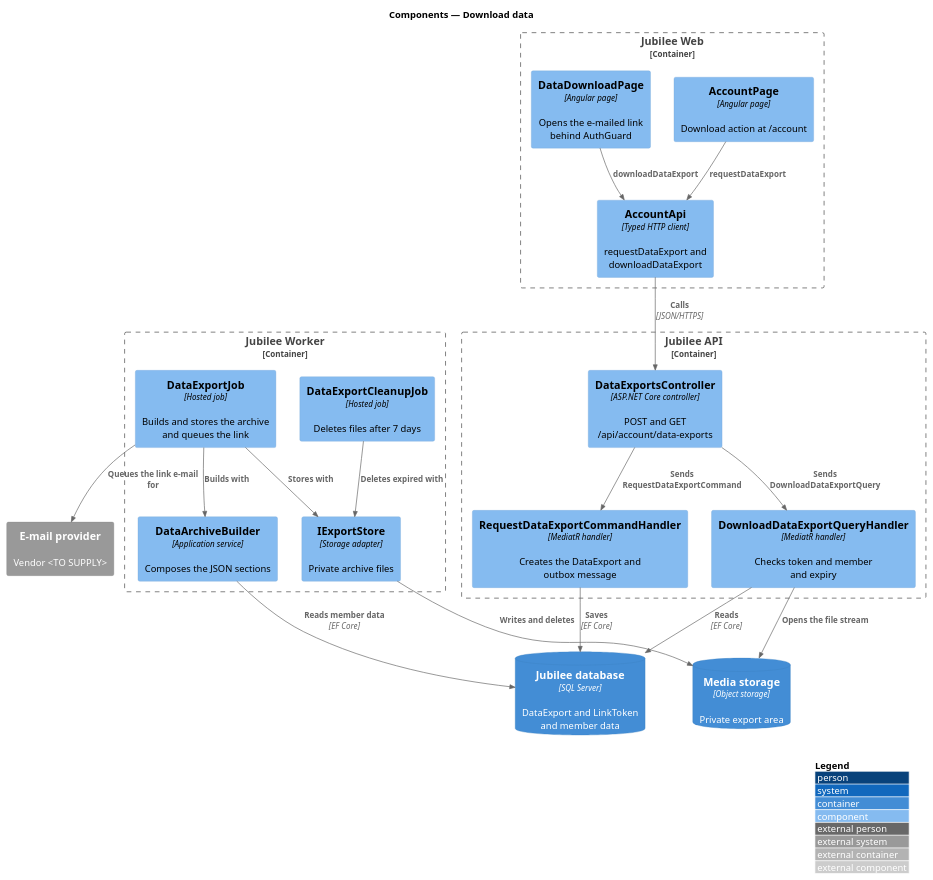
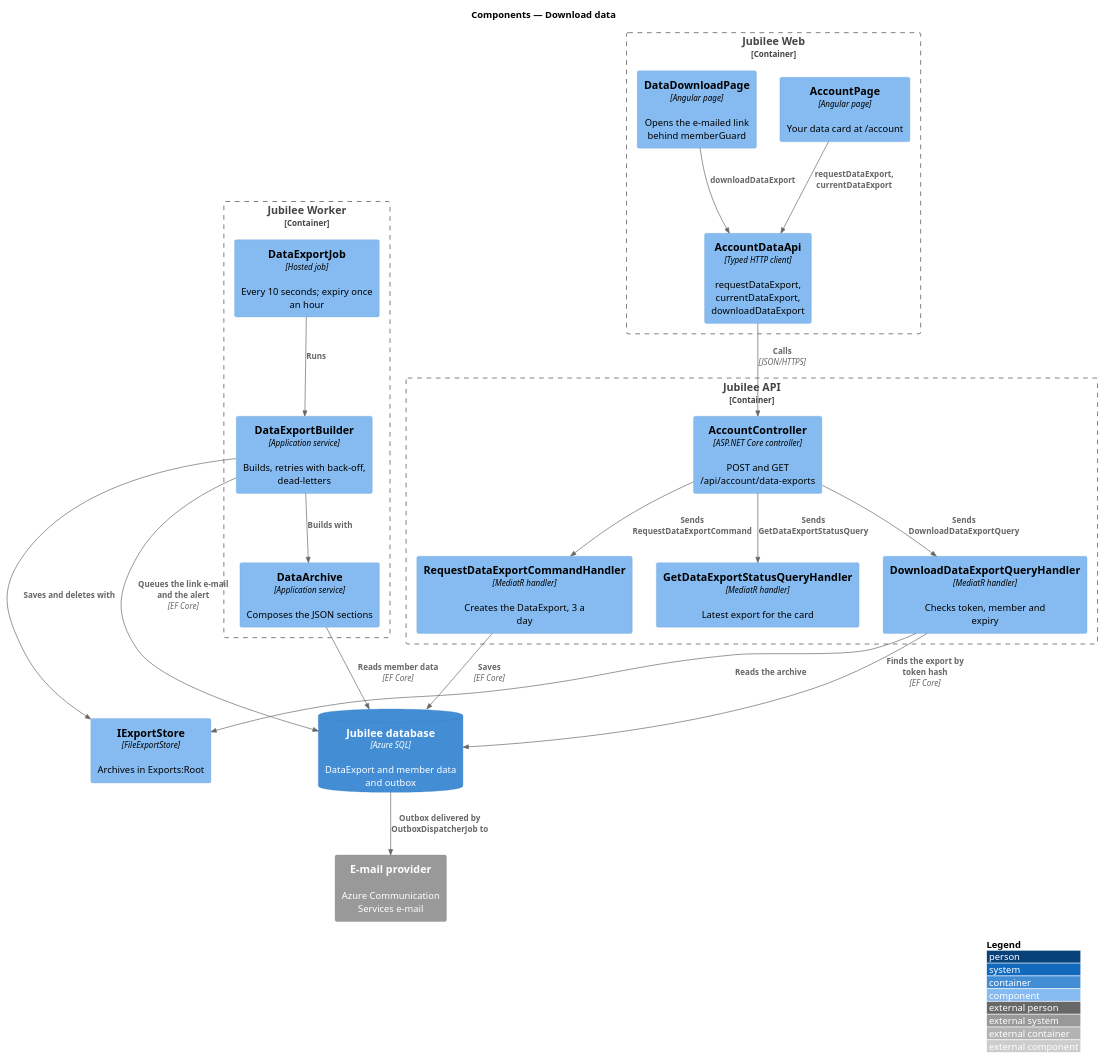
The diagram in docs/detailed-designs/accounts/download-data/diagrams/c4-component.puml (QuinntyneBrown/jubilee), drawn with PlantUML before and after one commit. The commit also changed 51 other files, not shown here.

First line of the commit message:
Journey 26: requirements, ADR 0069, designs and mocks for download data and delete account

```diff
--- a/docs/detailed-designs/accounts/download-data/diagrams/c4-component.puml
+++ b/docs/detailed-designs/accounts/download-data/diagrams/c4-component.puml
@@ -1,41 +1,41 @@
 @startuml
 !include <C4/C4_Component>
 LAYOUT_WITH_LEGEND()
 title Components — Download data
 
-
 Container_Boundary(web, "Jubilee Web") {
-  Component(page, "AccountPage", "Angular page", "Download action at /account")
-  Component(dl, "DataDownloadPage", "Angular page", "Opens the e-mailed link behind AuthGuard")
-  Component(client, "AccountApi", "Typed HTTP client", "requestDataExport and downloadDataExport")
+  Component(page, "AccountPage", "Angular page", "Your data card at /account")
+  Component(dl, "DataDownloadPage", "Angular page", "Opens the e-mailed link behind memberGuard")
+  Component(client, "AccountDataApi", "Typed HTTP client", "requestDataExport, currentDataExport, downloadDataExport")
 }
 Container_Boundary(api, "Jubilee API") {
-  Component(ctrl, "DataExportsController", "ASP.NET Core controller", "POST and GET /api/account/data-exports")
-  Component(reqH, "RequestDataExportCommandHandler", "MediatR handler", "Creates the DataExport and outbox message")
-  Component(dlH, "DownloadDataExportQueryHandler", "MediatR handler", "Checks token and member and expiry")
+  Component(ctrl, "AccountController", "ASP.NET Core controller", "POST and GET /api/account/data-exports")
+  Component(reqH, "RequestDataExportCommandHandler", "MediatR handler", "Creates the DataExport, 3 a day")
+  Component(statusH, "GetDataExportStatusQueryHandler", "MediatR handler", "Latest export for the card")
+  Component(dlH, "DownloadDataExportQueryHandler", "MediatR handler", "Checks token, member and expiry")
 }
 Container_Boundary(worker, "Jubilee Worker") {
-  Component(job, "DataExportJob", "Hosted job", "Builds and stores the archive and queues the link")
-  Component(builder, "DataArchiveBuilder", "Application service", "Composes the JSON sections")
-  Component(store, "IExportStore", "Storage adapter", "Private archive files")
-  Component(cleanup, "DataExportCleanupJob", "Hosted job", "Deletes files after 7 days")
+  Component(job, "DataExportJob", "Hosted job", "Every 10 seconds; expiry once an hour")
+  Component(builder, "DataExportBuilder", "Application service", "Builds, retries with back-off, dead-letters")
+  Component(archive, "DataArchive", "Application service", "Composes the JSON sections")
 }
-ContainerDb(db, "Jubilee database", "SQL Server", "DataExport and LinkToken and member data")
-ContainerDb(storage, "Media storage", "Object storage", "Private export area")
-System_Ext(email, "E-mail provider", "Vendor <TO SUPPLY>")
+Component(store, "IExportStore", "FileExportStore", "Archives in Exports:Root")
+ContainerDb(db, "Jubilee database", "Azure SQL", "DataExport and member data and outbox")
+System_Ext(email, "E-mail provider", "Azure Communication Services e-mail")
 
-Rel(page, client, "requestDataExport")
+Rel(page, client, "requestDataExport, currentDataExport")
 Rel(dl, client, "downloadDataExport")
 Rel(client, ctrl, "Calls", "JSON/HTTPS")
 Rel(ctrl, reqH, "Sends RequestDataExportCommand")
+Rel(ctrl, statusH, "Sends GetDataExportStatusQuery")
 Rel(ctrl, dlH, "Sends DownloadDataExportQuery")
 Rel(reqH, db, "Saves", "EF Core")
-Rel(dlH, db, "Reads", "EF Core")
-Rel(dlH, storage, "Opens the file stream")
-Rel(job, builder, "Builds with")
-Rel(job, store, "Stores with")
-Rel(builder, db, "Reads member data", "EF Core")
-Rel(store, storage, "Writes and deletes")
-Rel(cleanup, store, "Deletes expired with")
-Rel(job, email, "Queues the link e-mail for")
+Rel(dlH, db, "Finds the export by token hash", "EF Core")
+Rel(dlH, store, "Reads the archive")
+Rel(job, builder, "Runs")
+Rel(builder, archive, "Builds with")
+Rel(builder, store, "Saves and deletes with")
+Rel(archive, db, "Reads member data", "EF Core")
+Rel(builder, db, "Queues the link e-mail and the alert", "EF Core")
+Rel(db, email, "Outbox delivered by OutboxDispatcherJob to")
 @enduml
```
